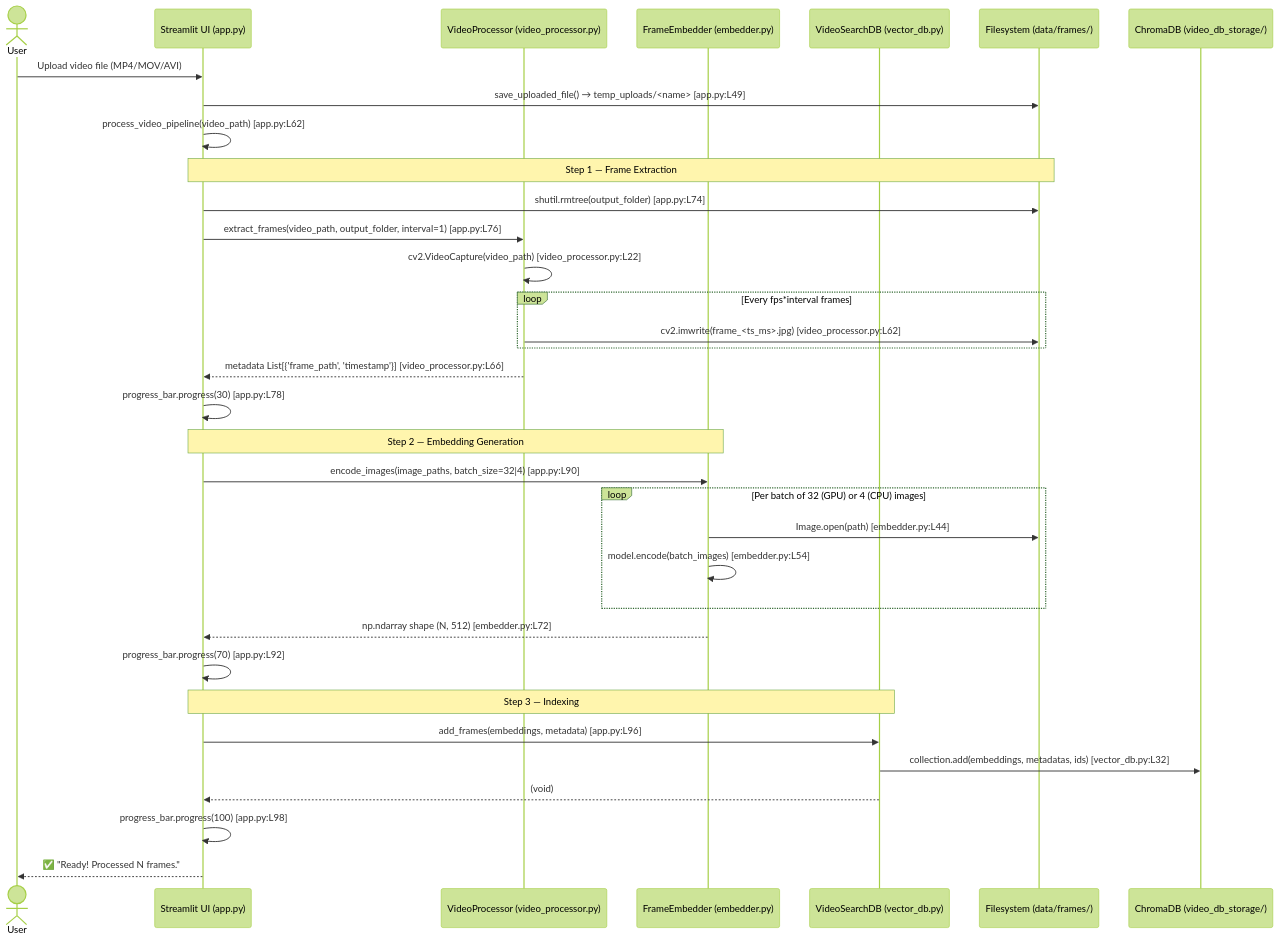
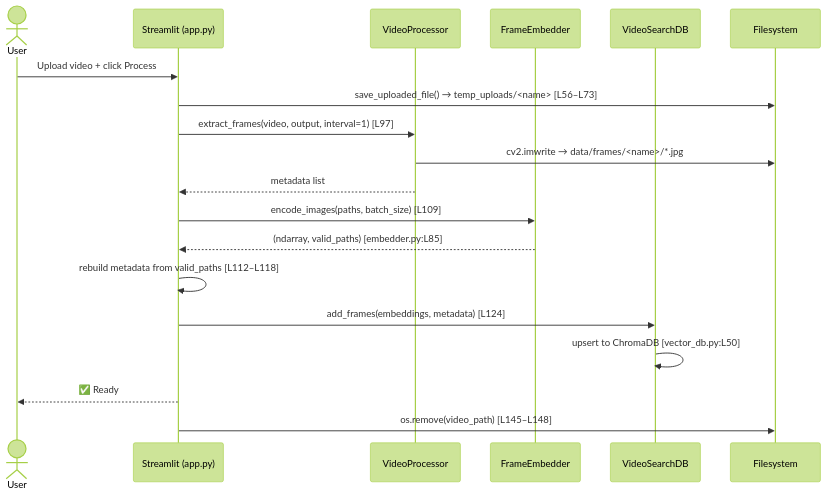
One commit to pypi-ahmad/v-rag-video-search changed the first of 3 diagrams in docs/FLOWS.md. Above: the diagram before and after it, drawn with Mermaid (forest theme). The commit also changed other lines of this file and 11 other files, not shown here.

````diff
--- a/docs/FLOWS.md
+++ b/docs/FLOWS.md
@@ -15,40 +9,22 @@
 ```mermaid
 sequenceDiagram
     actor User
-    participant UI as Streamlit UI (app.py)
-    participant VP as VideoProcessor (video_processor.py)
-    participant FE as FrameEmbedder (embedder.py)
-    participant DB as VideoSearchDB (vector_db.py)
-    participant FS as Filesystem (data/frames/)
-    participant CDB as ChromaDB (video_db_storage/)
+    participant UI as Streamlit (app.py)
+    participant VP as VideoProcessor
+    participant FE as FrameEmbedder
+    participant DB as VideoSearchDB
+    participant FS as Filesystem
 
-    User->>UI: Upload video file (MP4/MOV/AVI)
-    UI->>FS: save_uploaded_file() → temp_uploads/<name> [app.py:L49]
-    UI->>UI: process_video_pipeline(video_path) [app.py:L62]
-
-    Note over UI,FS: Step 1 — Frame Extraction
-    UI->>FS: shutil.rmtree(output_folder) [app.py:L74]
-    UI->>VP: extract_frames(video_path, output_folder, interval=1) [app.py:L76]
-    VP->>VP: cv2.VideoCapture(video_path) [video_processor.py:L22]
-    loop Every fps*interval frames
-        VP->>FS: cv2.imwrite(frame_<ts_ms>.jpg) [video_processor.py:L62]
-    end
-    VP-->>UI: metadata List[{'frame_path', 'timestamp'}] [video_processor.py:L66]
-    UI->>UI: progress_bar.progress(30) [app.py:L78]
-
-    Note over UI,FE: Step 2 — Embedding Generation
-    UI->>FE: encode_images(image_paths, batch_size=32|4) [app.py:L90]
-    loop Per batch of 32 (GPU) or 4 (CPU) images
-        FE->>FS: Image.open(path) [embedder.py:L44]
-        FE->>FE: model.encode(batch_images) [embedder.py:L54]
-    end
-    FE-->>UI: np.ndarray shape (N, 512) [embedder.py:L72]
-    UI->>UI: progress_bar.progress(70) [app.py:L92]
-
-    Note over UI,DB: Step 3 — Indexing
-    UI->>DB: add_frames(embeddings, metadata) [app.py:L96]
-    DB->>CDB: collection.add(embeddings, metadatas, ids) [vector_db.py:L32]
-    DB-->>UI: (void)
-    UI->>UI: progress_bar.progress(100) [app.py:L98]
-    UI-->>User: ✅ "Ready! Processed N frames."
+    User->>UI: Upload video + click Process
+    UI->>FS: save_uploaded_file() → temp_uploads/<name> [L56–L73]
+    UI->>VP: extract_frames(video, output, interval=1) [L97]
+    VP->>FS: cv2.imwrite → data/frames/<name>/*.jpg
+    VP-->>UI: metadata list
+    UI->>FE: encode_images(paths, batch_size) [L109]
+    FE-->>UI: (ndarray, valid_paths) [embedder.py:L85]
+    UI->>UI: rebuild metadata from valid_paths [L112–L118]
+    UI->>DB: add_frames(embeddings, metadata) [L124]
+    DB->>DB: upsert to ChromaDB [vector_db.py:L50]
+    UI-->>User: ✅ Ready
+    UI->>FS: os.remove(video_path) [L145–L148]
 ```
````
